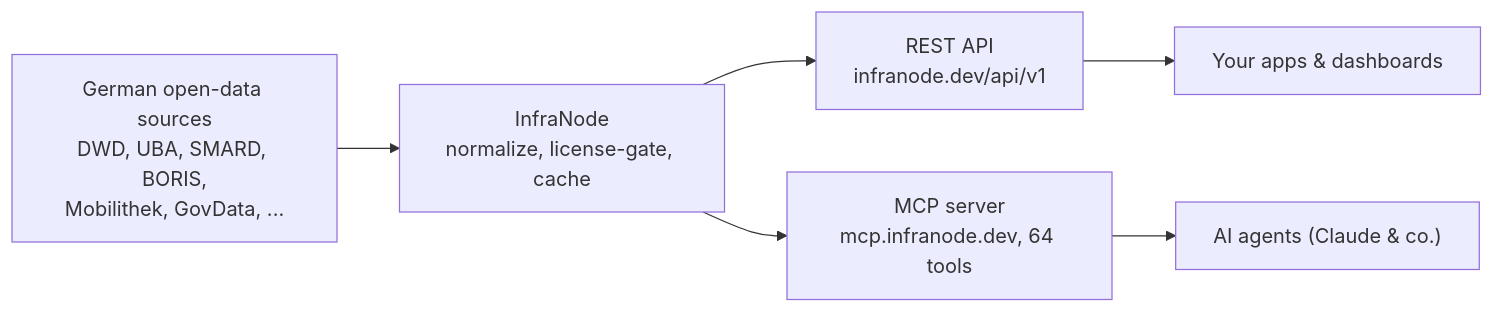
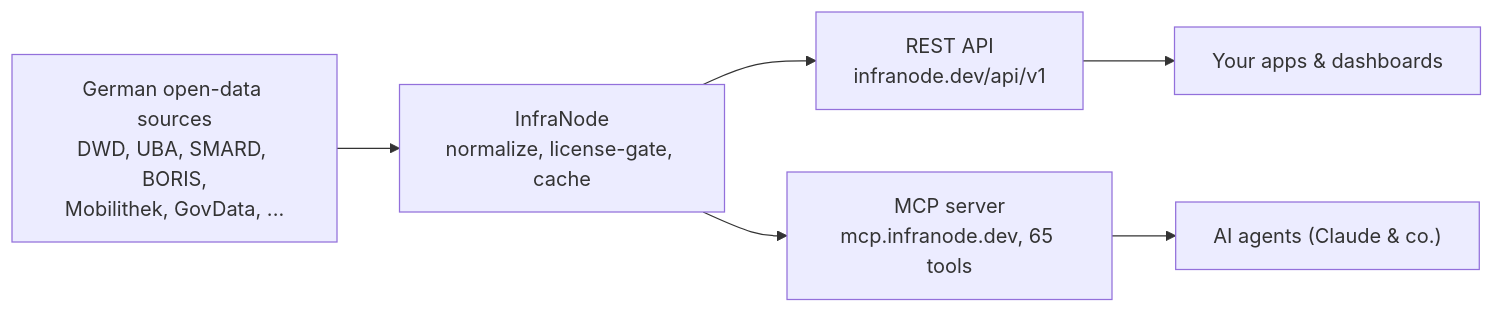
One commit to street1983nk/infranode changed the diagram in README.md. Above: the diagram before and after it, drawn with Mermaid. The commit also changed other lines of this file and 23 other files, not shown here.

````diff
--- a/README.md
+++ b/README.md
@@ -30,8 +30,8 @@
 ```mermaid
 flowchart LR
     SRC["German open-data sources<br/>DWD, UBA, SMARD, BORIS,<br/>Mobilithek, GovData, ..."] --> CORE["InfraNode<br/>normalize, license-gate, cache"]
     CORE --> API["REST API<br/>infranode.dev/api/v1"]
-    CORE --> MCP["MCP server<br/>mcp.infranode.dev, 64 tools"]
+    CORE --> MCP["MCP server<br/>mcp.infranode.dev, 65 tools"]
     API --> APPS["Your apps &amp; dashboards"]
     MCP --> AGENTS["AI agents (Claude &amp; co.)"]
 ```
````
